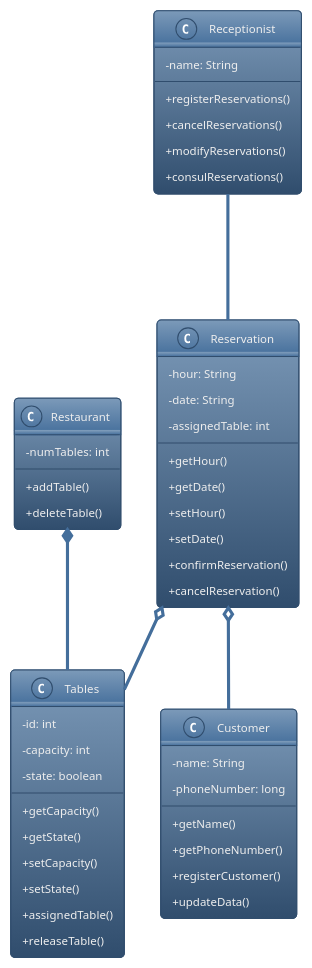
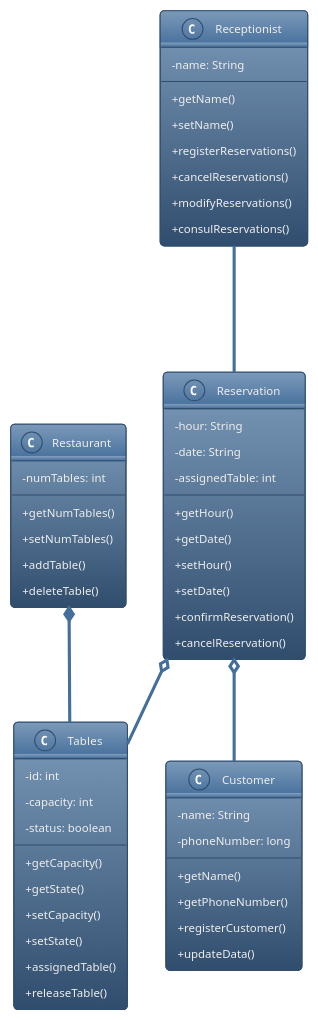
The diagram in Sistema_De_Reservas/src/diagramaDeClases.puml (Andres0955/proyectoPoo), drawn with PlantUML before and after one commit. The commit also changed 5 other files, not shown here.

```diff
--- a/Sistema_De_Reservas/src/diagramaDeClases.puml
+++ b/Sistema_De_Reservas/src/diagramaDeClases.puml
@@ -1,63 +1,67 @@
 @startuml
 'https://plantuml.com/sequence-diagram
 skinparam classAttributeIconSize 0
 !theme spacelab
 class Restaurant{
     -numTables: int
 
+    +getNumTables()
+    +setNumTables()
     +addTable()
     +deleteTable()
 
 }
 
 class Reservation{
     -hour: String
     -date: String
     -assignedTable: int
 
     +getHour()
     +getDate()
     +setHour()
     +setDate()
     +confirmReservation()
     +cancelReservation()
 }
 
 class Tables{
     -id: int
     -capacity: int
-    -state: boolean
+    -status: boolean
 
     +getCapacity()
     +getState()
     +setCapacity()
     +setState()
     +assignedTable()
     +releaseTable()
 }
 
 class Customer{
     -name: String
     -phoneNumber: long
 
     +getName()
     +getPhoneNumber()
     +registerCustomer()
     +updateData()
 }
 
 class Receptionist{
     -name: String
 
+    +getName()
+    +setName()
     +registerReservations()
     +cancelReservations()
     +modifyReservations()
     +consulReservations()
 }
 
 Restaurant *-- Tables
 Reservation o-- Tables
 Reservation o-- Customer
 Receptionist --- Reservation
 
 @enduml
```
